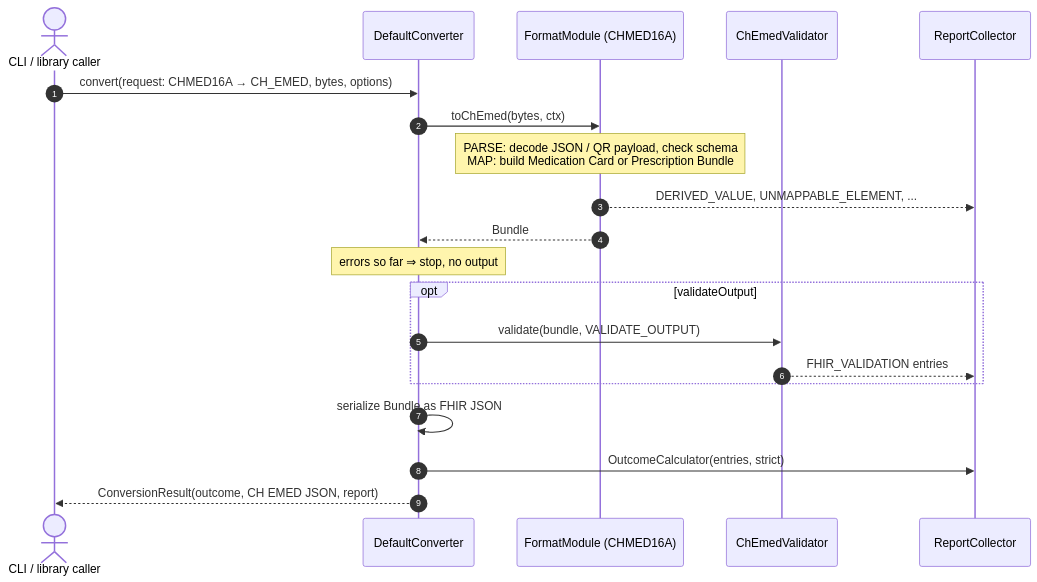
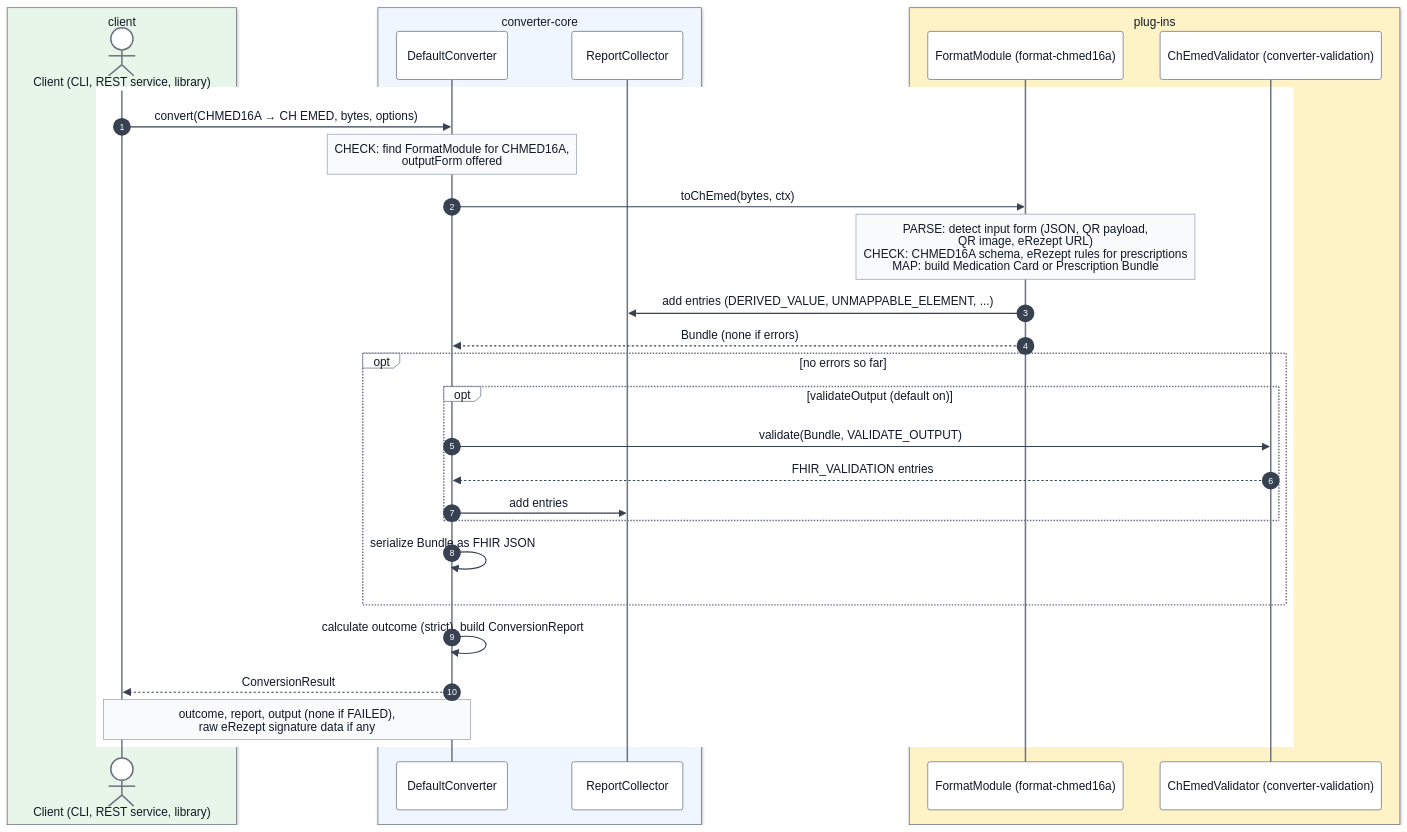
The second of 4 diagrams in docs/architecture.md (ehealthsuisse/ch-emed-converter), drawn with Mermaid before and after one commit. The commit also changed other lines of this file and 18 other files, not shown here.

First line of the commit message:
Feature 005: US3 (DIS, PADV, PML through CLI and REST), architecture

````diff
--- a/docs/architecture.md
+++ b/docs/architecture.md
@@ -95,23 +96,36 @@
 ```mermaid
+%%{init: {"theme": "base", "look": "classic", "themeVariables": {"primaryColor": "#ffffff", "primaryBorderColor": "#6b7280", "primaryTextColor": "#111827", "lineColor": "#374151", "actorBkg": "#ffffff", "actorBorder": "#6b7280", "actorTextColor": "#111827", "actorLineColor": "#6b7280", "signalColor": "#374151", "signalTextColor": "#111827", "labelBoxBkgColor": "#ffffff", "labelBoxBorderColor": "#6b7280", "labelTextColor": "#111827", "loopTextColor": "#111827", "noteBkgColor": "#f9fafb", "noteBorderColor": "#9ca3af", "noteTextColor": "#111827", "sequenceNumberColor": "#ffffff"}}}%%
 sequenceDiagram
     autonumber
-    actor Caller as CLI / library caller
-    participant C as DefaultConverter
-    participant F as FormatModule (CHMED16A)
-    participant V as ChEmedValidator
-    participant R as ReportCollector
+    box rgb(232,245,233) client
+        actor Caller as Client (CLI, REST service, library)
+    end
+    box rgb(239,246,255) converter-core
+        participant C as DefaultConverter
+        participant R as ReportCollector
+    end
+    box rgb(254,243,199) plug-ins
+        participant F as FormatModule (format-chmed16a)
+        participant V as ChEmedValidator (converter-validation)
+    end
 
-    Caller->>C: convert(request: CHMED16A → CH_EMED, bytes, options)
-    C->>F: toChEmed(bytes, ctx)
-    Note over F: PARSE: decode JSON / QR payload, check schema<br/>MAP: build Medication Card or Prescription Bundle
-    F-->>R: DERIVED_VALUE, UNMAPPABLE_ELEMENT, ...
-    F-->>C: Bundle
-    Note over C: errors so far ⇒ stop, no output
-    opt validateOutput
-        C->>V: validate(bundle, VALIDATE_OUTPUT)
-        V-->>R: FHIR_VALIDATION entries
+    rect rgb(255,255,255)
+        Caller->>C: convert(CHMED16A → CH EMED, bytes, options)
+        Note over C: CHECK: find FormatModule for CHMED16A,<br/>outputForm offered
+        C->>F: toChEmed(bytes, ctx)
+        Note over F: PARSE: detect input form (JSON, QR payload,<br/>QR image, eRezept URL)<br/>CHECK: CHMED16A schema, eRezept rules for prescriptions<br/>MAP: build Medication Card or Prescription Bundle
+        F->>R: add entries (DERIVED_VALUE, UNMAPPABLE_ELEMENT, ...)
+        F-->>C: Bundle (none if errors)
+        opt no errors so far
+            opt validateOutput (default on)
+                C->>V: validate(Bundle, VALIDATE_OUTPUT)
+                V-->>C: FHIR_VALIDATION entries
+                C->>R: add entries
+            end
+            C->>C: serialize Bundle as FHIR JSON
+        end
+        C->>C: calculate outcome (strict), build ConversionReport
+        C-->>Caller: ConversionResult
+        Note over Caller,C: outcome, report, output (none if FAILED),<br/>raw eRezept signature data if any
     end
-    C->>C: serialize Bundle as FHIR JSON
-    C->>R: OutcomeCalculator(entries, strict)
-    C-->>Caller: ConversionResult(outcome, CH EMED JSON, report)
 ```
````
